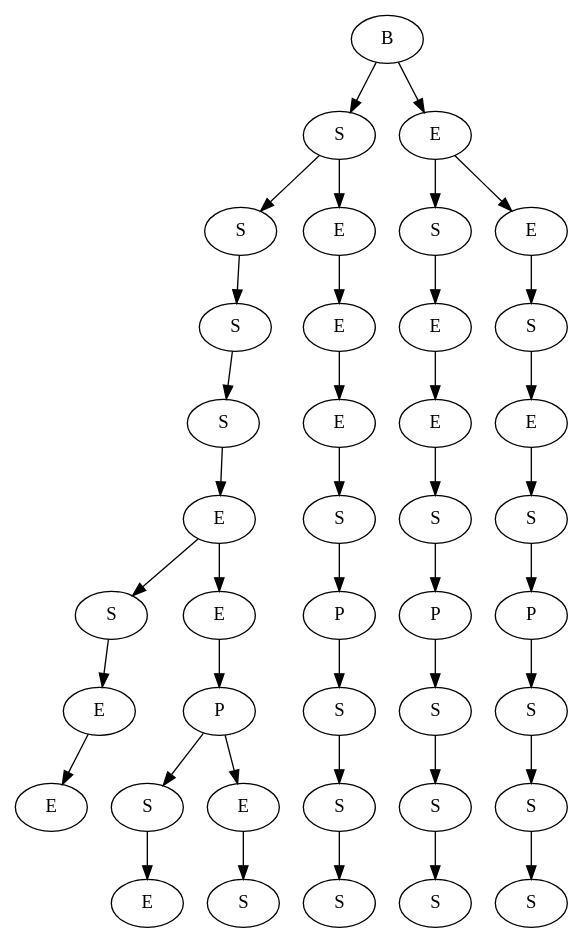
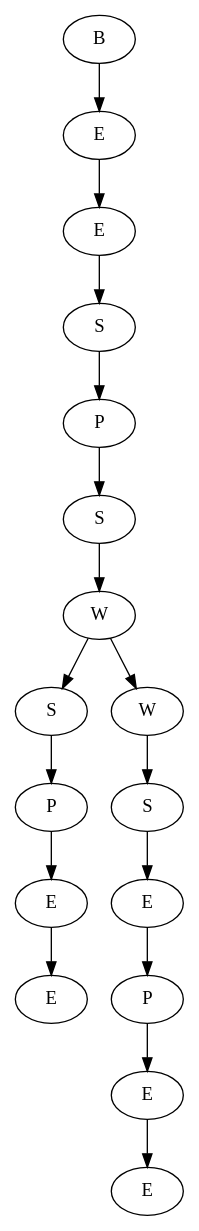
Before and after one commit to Iliyan0411/Data-Structures: the diagram in Tom and Jerry/viz.dot, drawn with Graphviz. The commit also changed 4 other files, not shown here.

```diff
--- a/Tom and Jerry/viz.dot
+++ b/Tom and Jerry/viz.dot
@@ -1,81 +1,35 @@
 digraph G{
-41097088[label="E"]
-41096896[label="E"]
-41096896->41097088;
-41097184[label="S"]
-41097184->41096896;
-41096960[label="E"]
-41097696[label="S"]
-41097696->41096960;
-41097120[label="S"]
-41097056[label="E"]
-41097056->41097120;
-41097216[label="P"]
-41097216->41097696;
-41097216->41097056;
-41097664[label="E"]
-41097664->41097216;
-41097152[label="E"]
-41097152->41097184;
-41097152->41097664;
-8040384[label="S"]
-8040384->41097152;
-7996624[label="S"]
-7996624->8040384;
-8024384[label="S"]
-8024384->7996624;
-41104288[label="S"]
-41104544[label="S"]
-41104544->41104288;
-41104672[label="S"]
-41104672->41104544;
-41096864[label="P"]
-41096864->41104672;
-41097632[label="S"]
-41097632->41096864;
-41097728[label="E"]
-41097728->41097632;
-41097376[label="E"]
-41097376->41097728;
-41097312[label="E"]
-41097312->41097376;
-8024752[label="S"]
-8024752->8024384;
-8024752->41097312;
-41104128[label="S"]
-41104992[label="S"]
-41104992->41104128;
-41105024[label="S"]
-41105024->41104992;
-41104800[label="P"]
-41104800->41105024;
-41104096[label="S"]
-41104096->41104800;
-41104608[label="E"]
-41104608->41104096;
-41104704[label="E"]
-41104704->41104608;
-41104480[label="S"]
-41104480->41104704;
-41105856[label="S"]
-41105408[label="S"]
-41105408->41105856;
-41105632[label="S"]
-41105632->41105408;
-41105280[label="P"]
-41105280->41105632;
-41105120[label="S"]
-41105120->41105280;
-41104416[label="E"]
-41104416->41105120;
-41104896[label="S"]
-41104896->41104416;
-41104960[label="E"]
-41104960->41104896;
-41104768[label="E"]
-41104768->41104480;
-41104768->41104960;
-8024216[label="B"]
-8024216->8024752;
-8024216->41104768;
+15711808[label="E"]
+15711776[label="E"]
+15711776->15711808;
+15711680[label="P"]
+15711680->15711776;
+15711744[label="S"]
+15711744->15711680;
+15711296[label="E"]
+15711456[label="E"]
+15711456->15711296;
+15711520[label="P"]
+15711520->15711456;
+15711616[label="E"]
+15711616->15711520;
+15711872[label="S"]
+15711872->15711616;
+15711072[label="W"]
+15711072->15711872;
+15711968[label="W"]
+15711968->15711744;
+15711968->15711072;
+15711232[label="S"]
+15711232->15711968;
+15711648[label="P"]
+15711648->15711232;
+15711904[label="S"]
+15711904->15711648;
+15706368[label="E"]
+15706368->15711904;
+15692448[label="E"]
+15692448->15706368;
+15691928[label="B"]
+15691928->15692448;
 }
```
